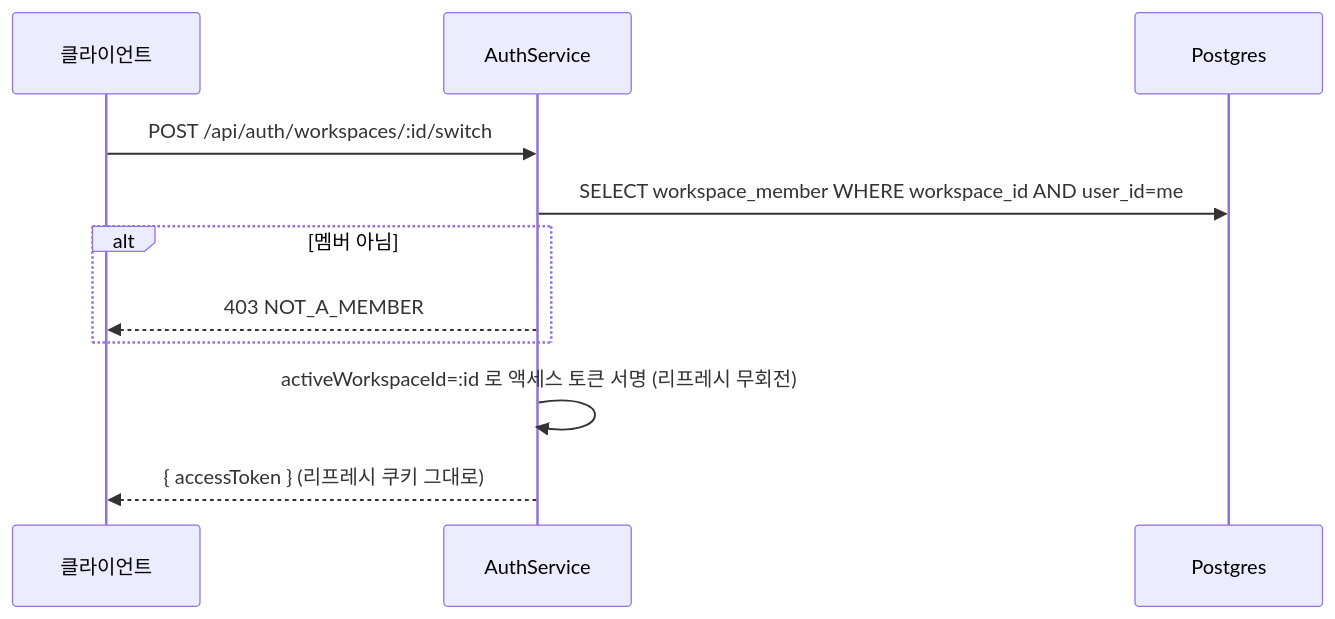
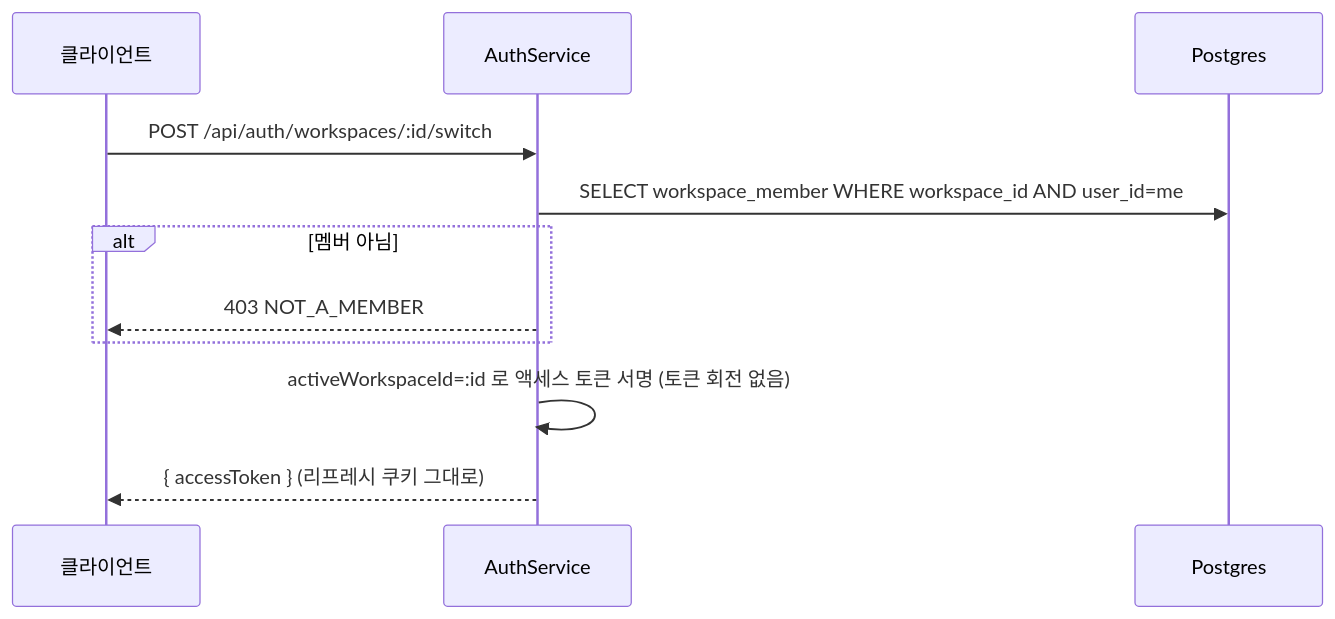
Before and after one commit to worker-ants/clemvion: the fourth of 6 diagrams in spec/CLE-ACCT/CLE-ACCT-DATA-WS.md, drawn with Mermaid. The commit also changed other lines of this file and 15 other files, not shown here.

````diff
--- a/spec/CLE-ACCT/CLE-ACCT-DATA-WS.md
+++ b/spec/CLE-ACCT/CLE-ACCT-DATA-WS.md
@@ -160,13 +162,13 @@
 ```mermaid
 sequenceDiagram
   participant C as 클라이언트
   participant Svc as AuthService
   participant PG as Postgres
   C->>Svc: POST /api/auth/workspaces/:id/switch
   Svc->>PG: SELECT workspace_member WHERE workspace_id AND user_id=me
   alt 멤버 아님
     Svc-->>C: 403 NOT_A_MEMBER
   end
-  Svc->>Svc: activeWorkspaceId=:id 로 액세스 토큰 서명 (리프레시 무회전)
+  Svc->>Svc: activeWorkspaceId=:id 로 액세스 토큰 서명 (토큰 회전 없음)
   Svc-->>C: { accessToken } (리프레시 쿠키 그대로)
 ```
````
